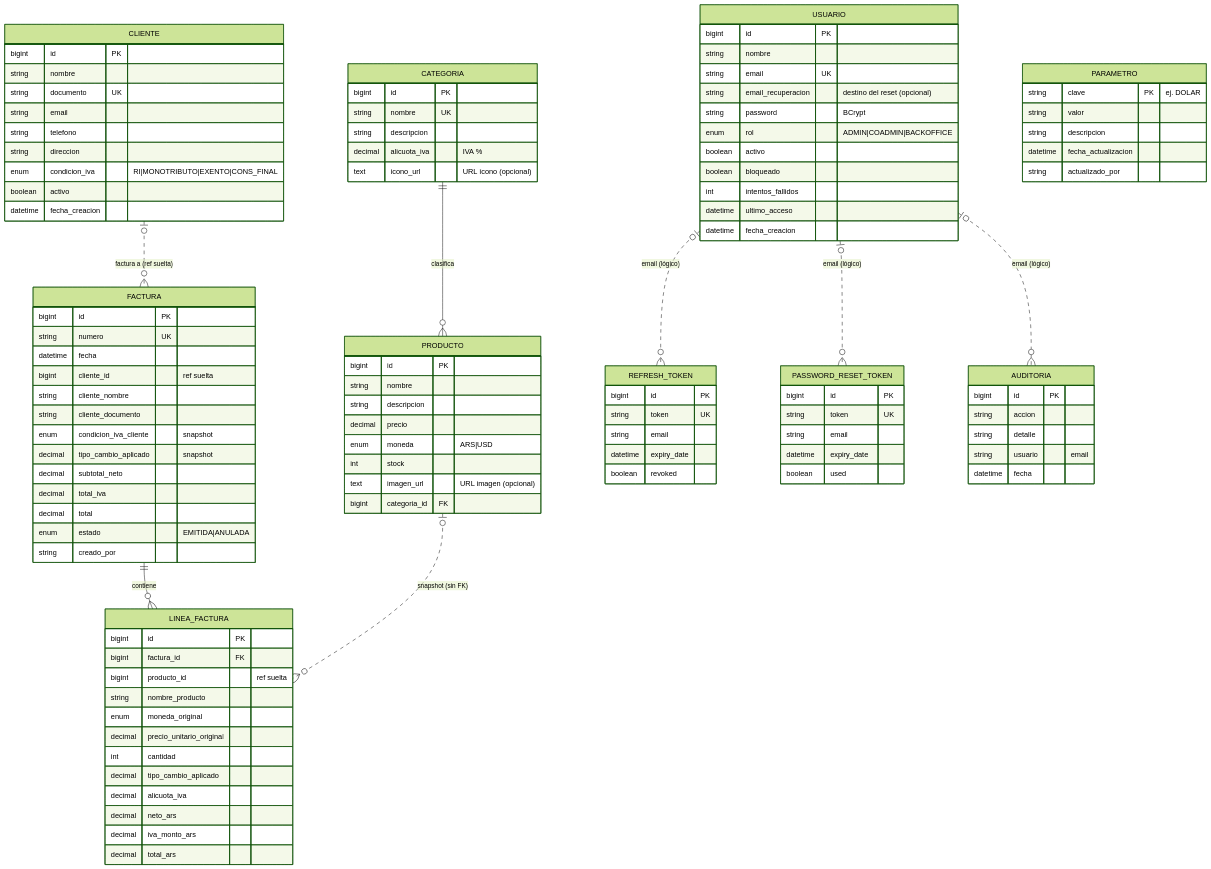
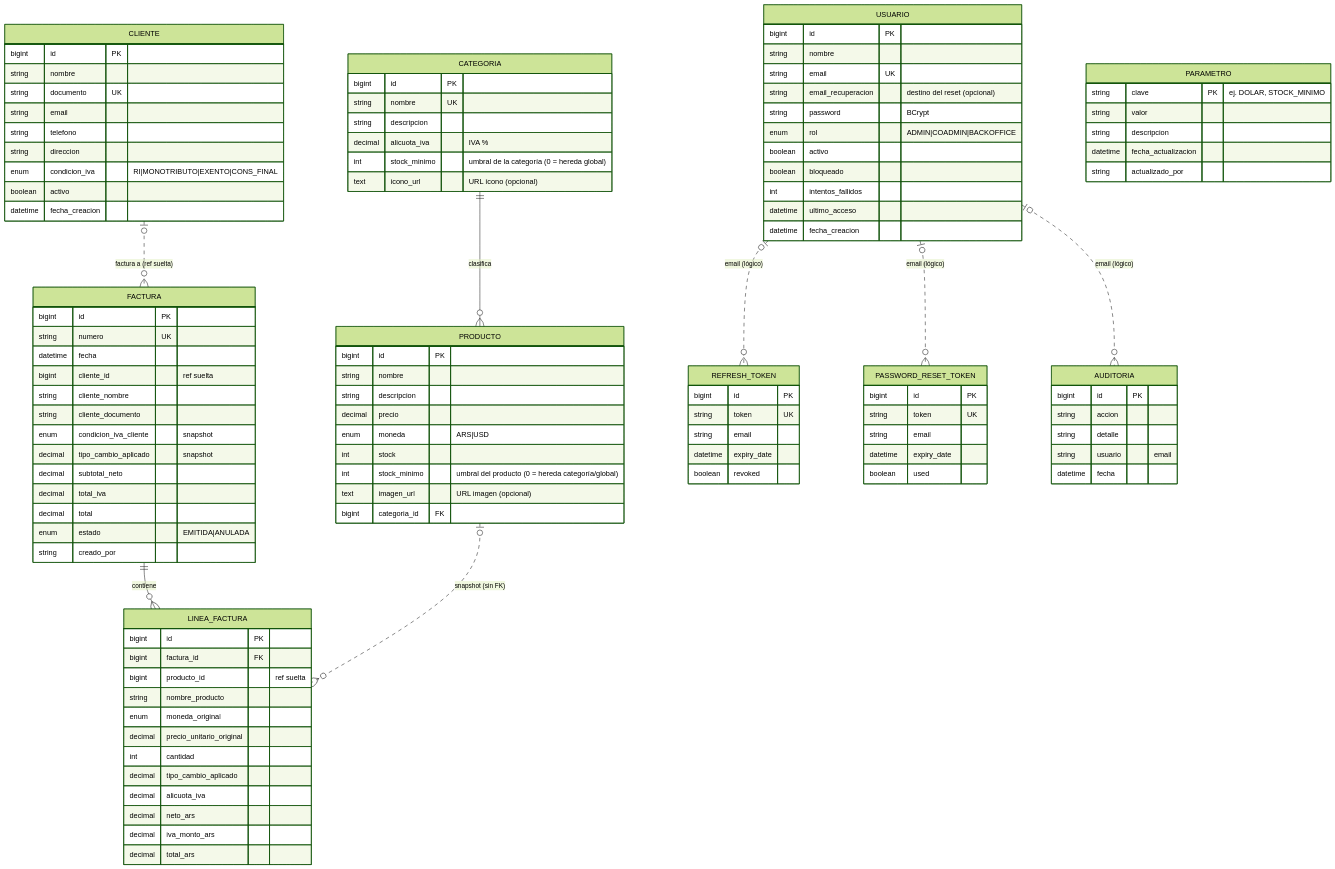
The diagram in README.md (DevAuxi-Arg/invenFact), drawn with Mermaid (forest theme) before and after one commit. The commit also changed other lines of this file and 11 other files, not shown here.

Commit message:
stock  minimo  3  niveles

```diff
--- a/README.md
+++ b/README.md
@@ -659,6 +672,7 @@
         string  nombre UK
         string  descripcion
         decimal alicuota_iva "IVA %"
+        int     stock_minimo "umbral de la categoría (0 = hereda global)"
         text    icono_url "URL ícono (opcional)"
     }
     PRODUCTO {
@@ -668,6 +682,7 @@
         decimal precio
         enum    moneda "ARS|USD"
         int     stock
+        int     stock_minimo "umbral del producto (0 = hereda categoría/global)"
         text    imagen_url "URL imagen (opcional)"
         bigint  categoria_id FK
     }
@@ -685,7 +700,7 @@
         datetime fecha_creacion
     }
     PARAMETRO {
-        string   clave PK "ej. DOLAR"
+        string   clave PK "ej. DOLAR, STOCK_MINIMO"
         string   valor
         string   descripcion
         datetime fecha_actualizacion
```
